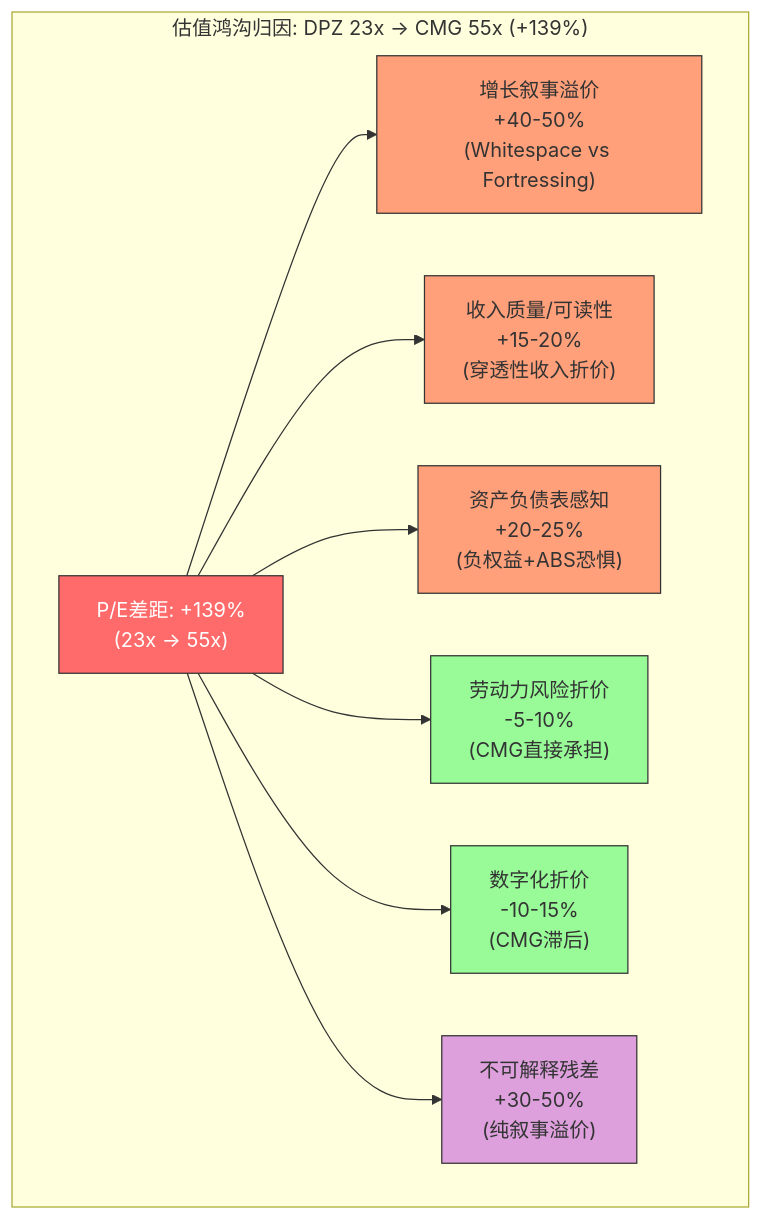
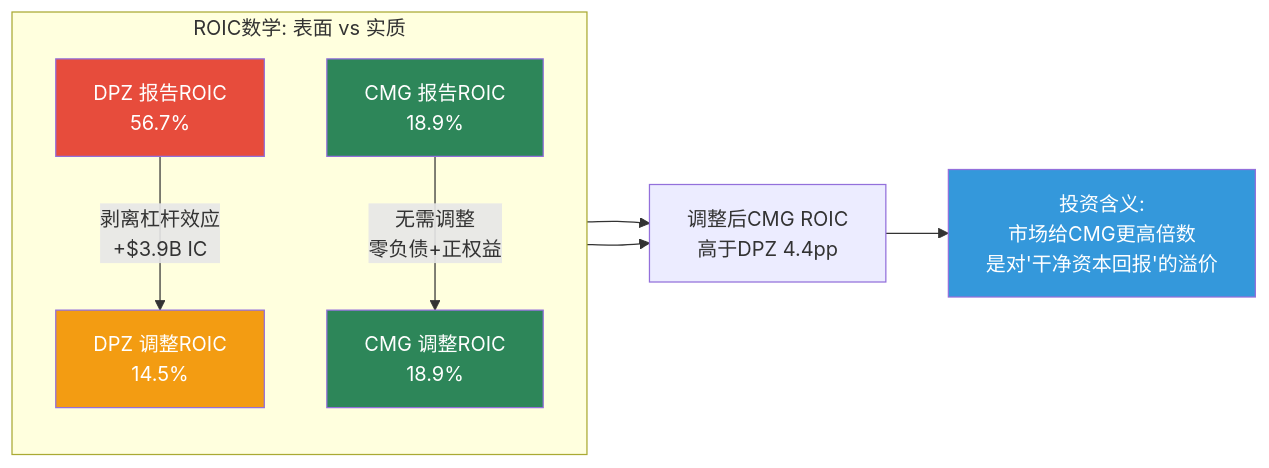
The second of 3 diagrams in reports/DPZ/staging/phase3_ch16.md (miltonnewyork25-afk/investment-master), drawn with Mermaid before and after one commit. The commit also changed other lines of this file and 6 other files, not shown here.

````diff
--- a/reports/DPZ/staging/phase3_ch16.md
+++ b/reports/DPZ/staging/phase3_ch16.md
@@ -144,19 +206,19 @@
 ```mermaid
-graph TB
-    subgraph "估值鸿沟归因: DPZ 23x → CMG 55x (+139%)"
-        A["P/E差距: +139%<br/>(23x → 55x)"] --> B["增长叙事溢价<br/>+40-50%<br/>(Whitespace vs Fortressing)"]
-        A --> C["收入质量/可读性<br/>+15-20%<br/>(穿透性收入折价)"]
-        A --> D["资产负债表感知<br/>+20-25%<br/>(负权益+ABS恐惧)"]
-        A --> E["劳动力风险折价<br/>-5-10%<br/>(CMG直接承担)"]
-        A --> F["数字化折价<br/>-10-15%<br/>(CMG滞后)"]
-        A --> G["不可解释残差<br/>+30-50%<br/>(纯叙事溢价)"]
+graph LR
+    subgraph "ROIC数学: 表面 vs 实质"
+        direction TB
+        DPZ_R["DPZ 报告ROIC<br/>56.7%"] -->|"剥离杠杆效应<br/>+$3.9B IC"| DPZ_A["DPZ 调整ROIC<br/>14.5%"]
+        CMG_R["CMG 报告ROIC<br/>18.9%"] -->|"无需调整<br/>零负债+正权益"| CMG_A["CMG 调整ROIC<br/>18.9%"]
+    end
 
-        style A fill:#ff6b6b,stroke:#333,color:#fff
-        style B fill:#ffa07a,stroke:#333
-        style C fill:#ffa07a,stroke:#333
-        style D fill:#ffa07a,stroke:#333
-        style E fill:#98fb98,stroke:#333
-        style F fill:#98fb98,stroke:#333
-        style G fill:#dda0dd,stroke:#333
-    end
+    DPZ_A --> C["调整后CMG ROIC<br/>高于DPZ 4.4pp"]
+    CMG_A --> C
+
+    C --> I["投资含义:<br/>市场给CMG更高倍数<br/>是对'干净资本回报'的溢价"]
+
+    style DPZ_R fill:#e74c3c,color:#fff
+    style DPZ_A fill:#f39c12,color:#fff
+    style CMG_R fill:#2d8659,color:#fff
+    style CMG_A fill:#2d8659,color:#fff
+    style I fill:#3498db,color:#fff
 ```
````
